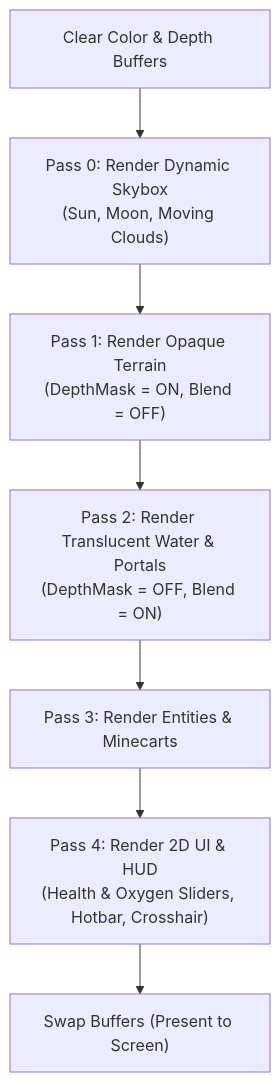
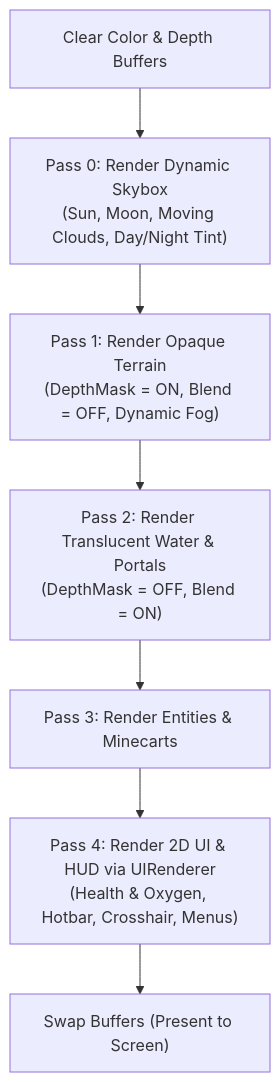
One commit to SpoiledUnknown/VelmoraCraft changed the third of 3 diagrams in docs/flow.md. Above: the diagram before and after it, drawn with Mermaid. The commit also changed other lines of this file and 206 other files, not shown here.

````diff
--- a/docs/flow.md
+++ b/docs/flow.md
@@ -120,9 +136,9 @@
 ```mermaid
 flowchart TD
-    Clear["Clear Color & Depth Buffers"] --> Sky["Pass 0: Render Dynamic Skybox\n(Sun, Moon, Moving Clouds)"]
-    Sky --> Opaque["Pass 1: Render Opaque Terrain\n(DepthMask = ON, Blend = OFF)"]
+    Clear["Clear Color & Depth Buffers"] --> Sky["Pass 0: Render Dynamic Skybox\n(Sun, Moon, Moving Clouds, Day/Night Tint)"]
+    Sky --> Opaque["Pass 1: Render Opaque Terrain\n(DepthMask = ON, Blend = OFF, Dynamic Fog)"]
     Opaque --> Water["Pass 2: Render Translucent Water & Portals\n(DepthMask = OFF, Blend = ON)"]
     Water --> Entities["Pass 3: Render Entities & Minecarts"]
-    Entities --> UI["Pass 4: Render 2D UI & HUD\n(Health & Oxygen Sliders, Hotbar, Crosshair)"]
+    Entities --> UI["Pass 4: Render 2D UI & HUD via UIRenderer\n(Health & Oxygen, Hotbar, Crosshair, Menus)"]
     UI --> Present["Swap Buffers (Present to Screen)"]
 ```
````
